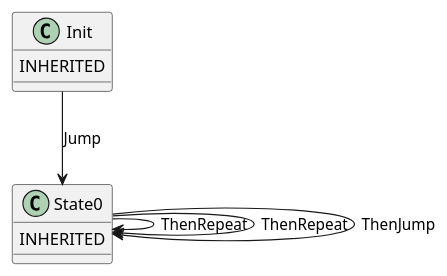
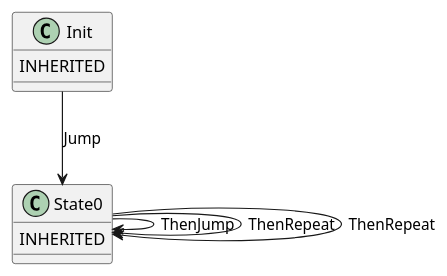
The diagram in ledger-core/conveyor/smachine/main/example/example_2.plantuml (insolar/assured-ledger), drawn with PlantUML before and after one commit. The commit also changed other lines of this file and 10 other files, not shown here.

```diff
--- a/ledger-core/conveyor/smachine/main/example/example_2.plantuml
+++ b/ledger-core/conveyor/smachine/main/example/example_2.plantuml
@@ -1,8 +1,8 @@
 @startuml
 Init : INHERITED
 Init --> State0 : Jump
 State0 : INHERITED
+State0 --> State0 : ThenJump
 State0 --> State0 : ThenRepeat
 State0 --> State0 : ThenRepeat
-State0 --> State0 : ThenJump
 @enduml
```
